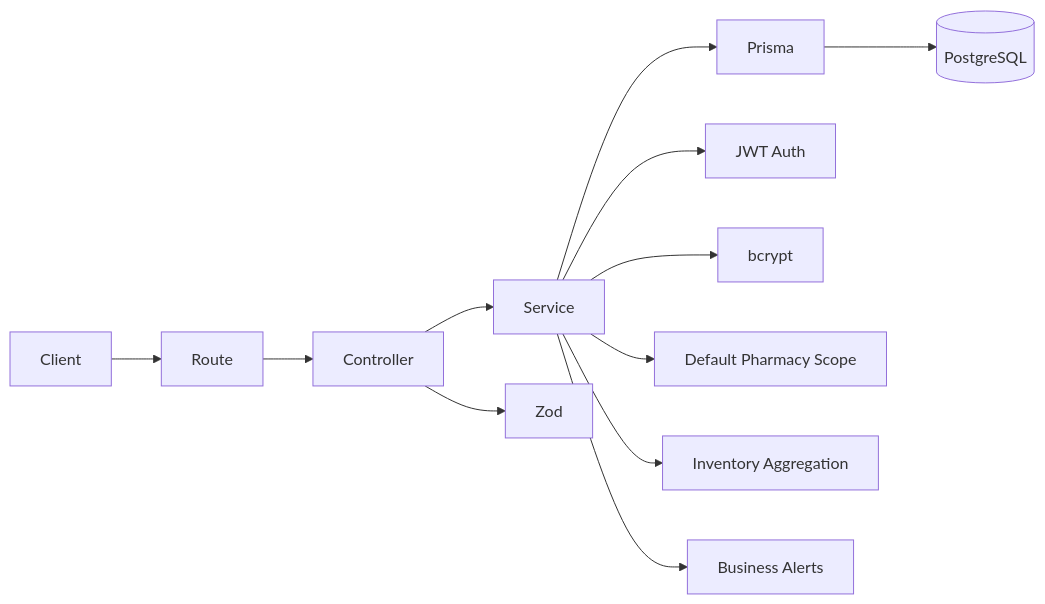
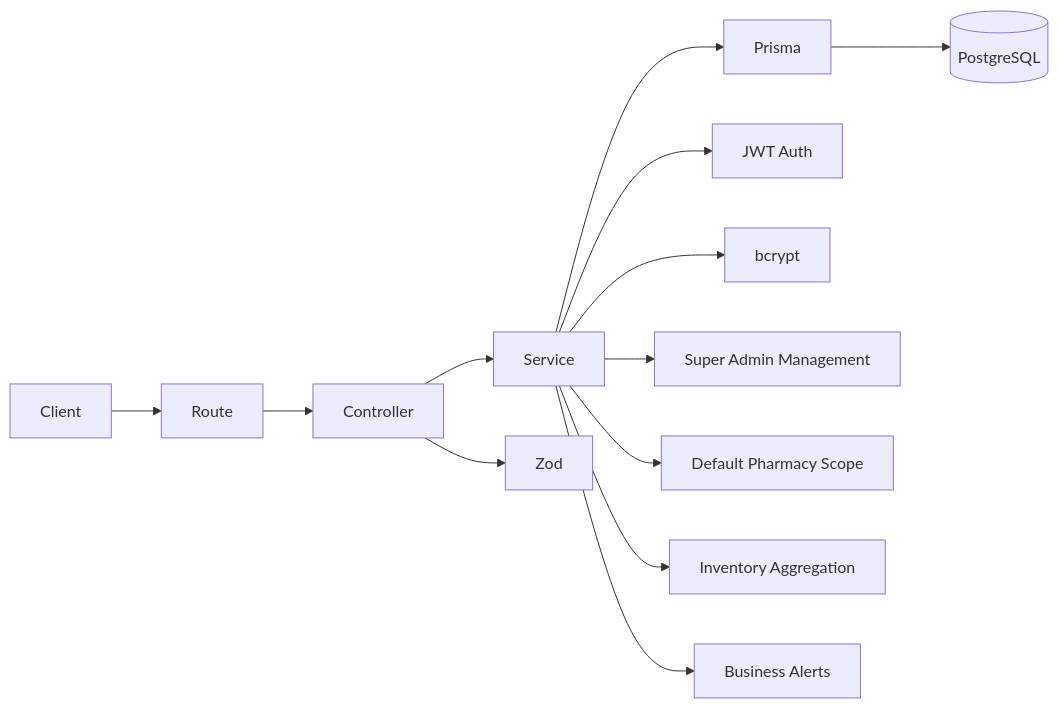
One commit to zelectrik/Pharma-stock-manager changed the diagram in README.md. Above: the diagram before and after it, drawn with Mermaid. The commit also changed other lines of this file and 9 other files, not shown here.

First line of the commit message:
feat(admin): add pharmacy management routes (#21)

````diff
--- a/README.md
+++ b/README.md
@@ -638,16 +767,17 @@
 ```mermaid
 flowchart LR
 Client --> Route
 Route --> Controller
 Controller --> Service
 Service --> Prisma
 Prisma --> DB[(PostgreSQL)]
 
 Controller --> Validation[Zod]
 
 Service --> Auth[JWT Auth]
 Service --> PasswordHashing[bcrypt]
+Service --> Admin[Super Admin Management]
 Service --> Pharmacy[Default Pharmacy Scope]
 Service --> Inventory[Inventory Aggregation]
 Service --> Alerts[Business Alerts]
 ```
````
